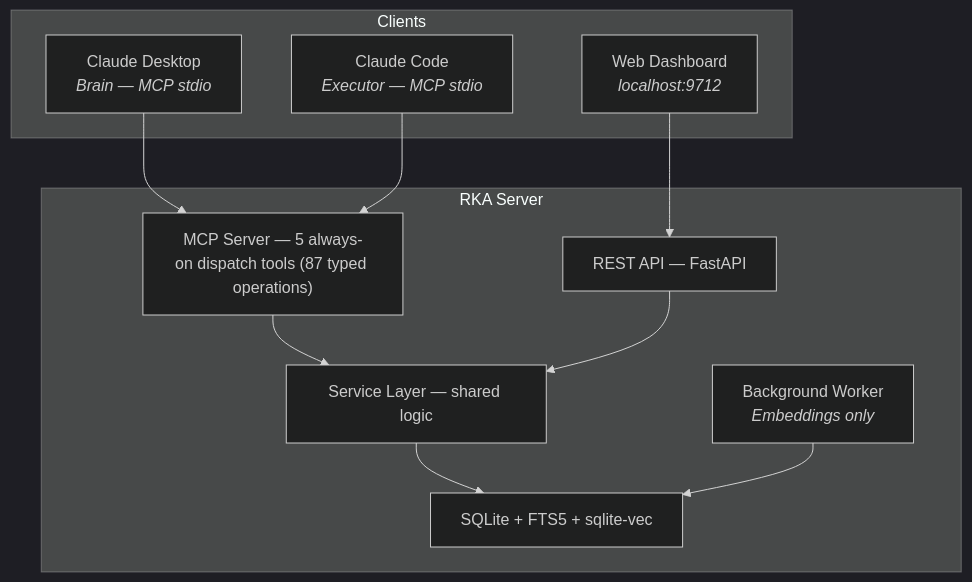
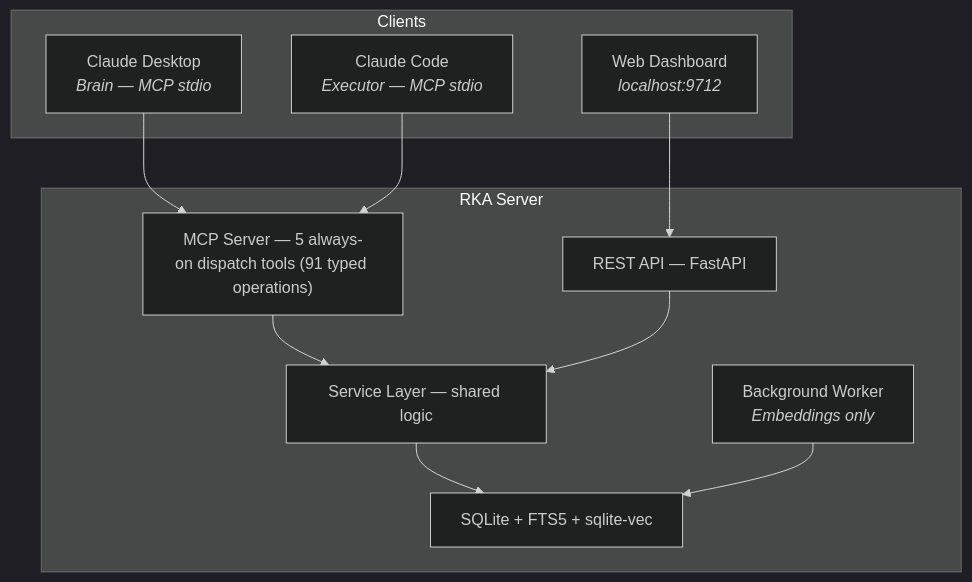
One commit to infinitywings/rka changed the fourth of 4 diagrams in README.md. Above: the diagram before and after it, drawn with Mermaid (dark theme). The commit also changed other lines of this file and 7 other files, not shown here.

````diff
--- a/README.md
+++ b/README.md
@@ -225,24 +225,24 @@
 ```mermaid
 graph TD
     subgraph Clients
         CD["Claude Desktop<br/><i>Brain — MCP stdio</i>"]
         CC["Claude Code<br/><i>Executor — MCP stdio</i>"]
         WEB["Web Dashboard<br/><i>localhost:9712</i>"]
     end
 
     subgraph "RKA Server"
-        MCP["MCP Server — 5 always-on dispatch tools (87 typed operations)"]
+        MCP["MCP Server — 5 always-on dispatch tools (91 typed operations)"]
         API["REST API — FastAPI"]
         SVC["Service Layer — shared logic"]
         DB["SQLite + FTS5 + sqlite-vec"]
         WORKER["Background Worker<br/><i>Embeddings only</i>"]
     end
 
     CD --> MCP
     CC --> MCP
     WEB --> API
     MCP --> SVC
     API --> SVC
     SVC --> DB
     WORKER --> DB
 ```
````
